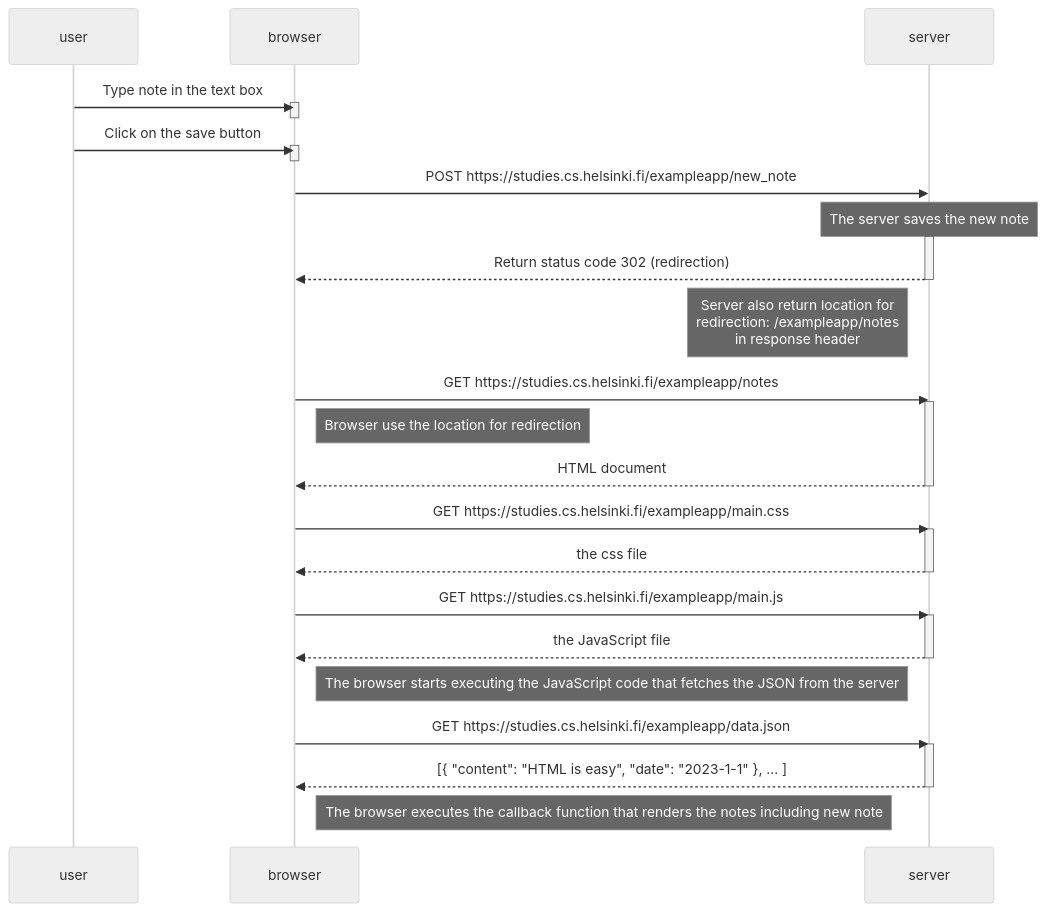
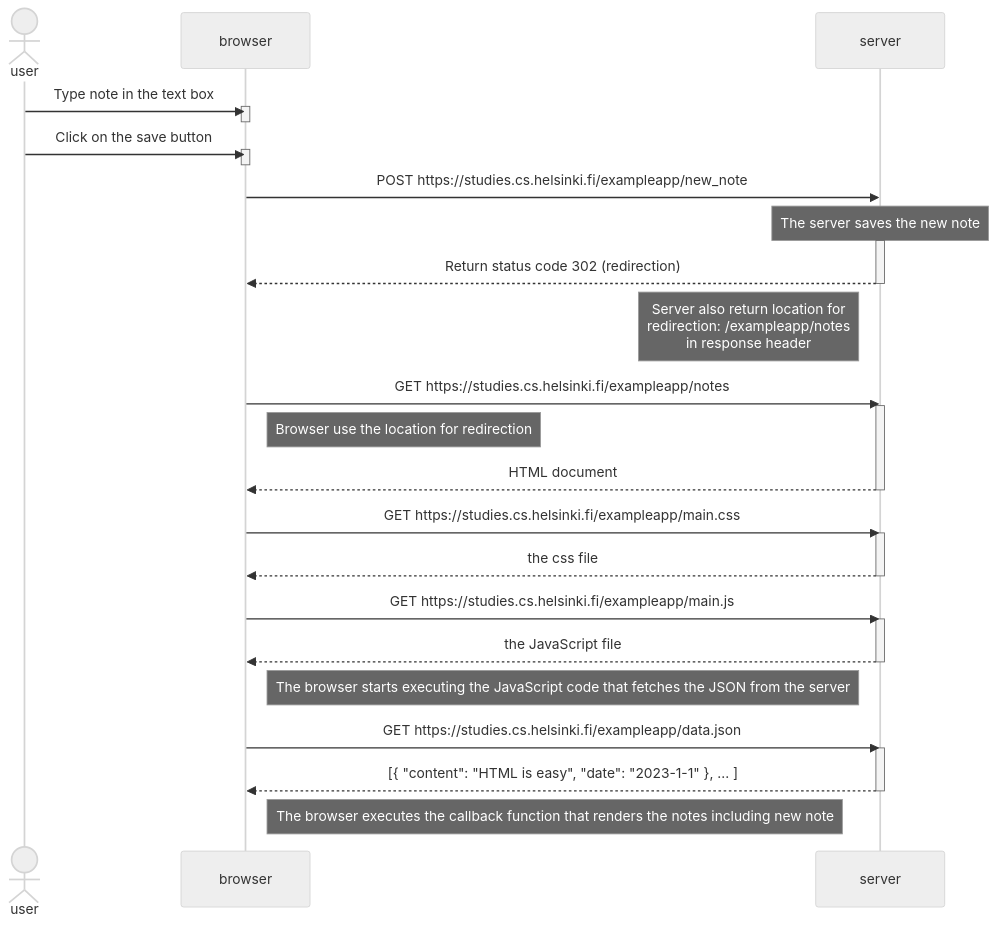
Before and after one commit to Levifralex/fullstackopen-course: the diagram in part0/0.4.md, drawn with Mermaid (neutral theme).

Commit message:
fix: type for user

````diff
--- a/part0/0.4.md
+++ b/part0/0.4.md
@@ -3,50 +3,50 @@
 ```mermaid
 sequenceDiagram
-    participant user
+    actor user
     participant browser
     participant server
 
     user->>browser: Type note in the text box
     activate browser
     deactivate browser
     
     user->>browser: Click on the save button
     activate browser
     deactivate browser
 
     browser->>server: POST https://studies.cs.helsinki.fi/exampleapp/new_note
     Note over server: The server saves the new note
     activate server
     server-->>browser: Return status code 302 (redirection)
     deactivate server
 
     Note left of server:  Server also return location for <br> redirection: /exampleapp/notes <br> in response header
 
     browser->>server: GET https://studies.cs.helsinki.fi/exampleapp/notes
     activate server
     Note right of browser:  Browser use the location for redirection 
     server-->>browser: HTML document
     deactivate server
 
     browser->>server: GET https://studies.cs.helsinki.fi/exampleapp/main.css
     activate server
     server-->>browser: the css file
     deactivate server
 
     browser->>server: GET https://studies.cs.helsinki.fi/exampleapp/main.js
     activate server
     server-->>browser: the JavaScript file
     deactivate server
 
     Note right of browser: The browser starts executing the JavaScript code that fetches the JSON from the server
 
     browser->>server: GET https://studies.cs.helsinki.fi/exampleapp/data.json
     activate server
     server-->>browser: [{ "content": "HTML is easy", "date": "2023-1-1" }, ... ]
     deactivate server
 
     Note right of browser: The browser executes the callback function that renders the notes including new note
     
 
     
 ```    
````
